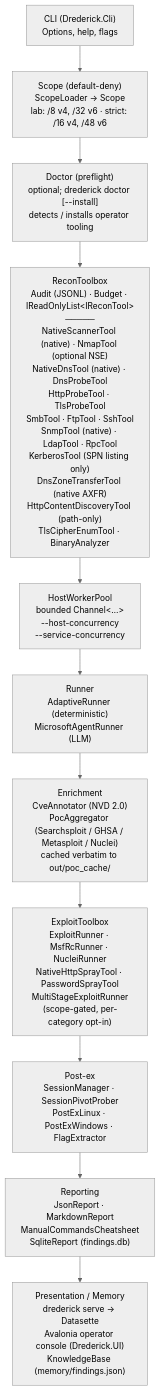
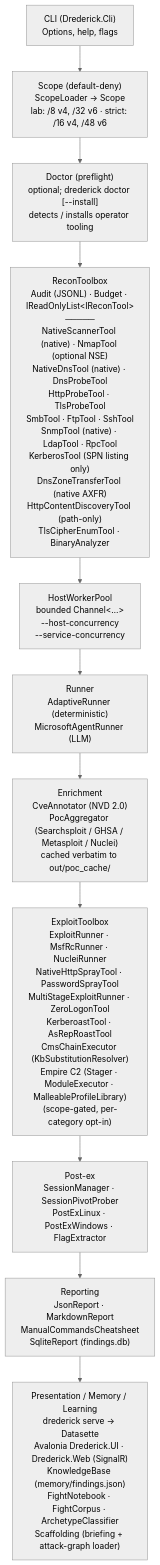
The diagram in docs/ARCHITECTURE.md (SchwartzKamel/drederick), drawn with Mermaid (neutral theme) before and after one commit. The commit also changed other lines of this file and 16 other files, not shown here.

````diff
--- a/docs/ARCHITECTURE.md
+++ b/docs/ARCHITECTURE.md
@@ -69,16 +74,16 @@
 ```mermaid
 flowchart TD
     CLI["CLI (Drederick.Cli)<br/>Options, help, flags"]
     Scope["Scope (default-deny)<br/>ScopeLoader → Scope<br/>lab: /8 v4, /32 v6 · strict: /16 v4, /48 v6"]
     Doctor["Doctor (preflight)<br/>optional; drederick doctor [--install]<br/>detects / installs operator tooling"]
     Toolbox["ReconToolbox<br/>Audit (JSONL) · Budget · IReadOnlyList&lt;IReconTool&gt;<br/>─────<br/>NativeScannerTool (native) · NmapTool (optional NSE)<br/>NativeDnsTool (native) · DnsProbeTool<br/>HttpProbeTool · TlsProbeTool<br/>SmbTool · FtpTool · SshTool<br/>SnmpTool (native) · LdapTool · RpcTool<br/>KerberosTool (SPN listing only)<br/>DnsZoneTransferTool (native AXFR)<br/>HttpContentDiscoveryTool (path-only)<br/>TlsCipherEnumTool · BinaryAnalyzer"]
     Pool["HostWorkerPool<br/>bounded Channel&lt;…&gt;<br/>--host-concurrency<br/>--service-concurrency"]
     Runner["Runner<br/>AdaptiveRunner (deterministic)<br/>MicrosoftAgentRunner (LLM)"]
     Enrich["Enrichment<br/>CveAnnotator (NVD 2.0)<br/>PocAggregator (Searchsploit / GHSA / Metasploit / Nuclei)<br/>cached verbatim to out/poc_cache/"]
-    Exploit["ExploitToolbox<br/>ExploitRunner · MsfRcRunner · NucleiRunner<br/>NativeHttpSprayTool · PasswordSprayTool<br/>MultiStageExploitRunner<br/>(scope-gated, per-category opt-in)"]
+    Exploit["ExploitToolbox<br/>ExploitRunner · MsfRcRunner · NucleiRunner<br/>NativeHttpSprayTool · PasswordSprayTool<br/>MultiStageExploitRunner · ZeroLogonTool<br/>KerberoastTool · AsRepRoastTool<br/>CmsChainExecutor (KbSubstitutionResolver)<br/>Empire C2 (Stager · ModuleExecutor · MalleableProfileLibrary)<br/>(scope-gated, per-category opt-in)"]
     PostEx["Post-ex<br/>SessionManager · SessionPivotProber<br/>PostExLinux · PostExWindows · FlagExtractor"]
     Report["Reporting<br/>JsonReport · MarkdownReport<br/>ManualCommandsCheatsheet<br/>SqliteReport (findings.db)"]
-    Present["Presentation / Memory<br/>drederick serve → Datasette<br/>Avalonia operator console (Drederick.UI)<br/>KnowledgeBase (memory/findings.json)"]
+    Present["Presentation / Memory / Learning<br/>drederick serve → Datasette<br/>Avalonia Drederick.UI · Drederick.Web (SignalR)<br/>KnowledgeBase (memory/findings.json)<br/>FightNotebook · FightCorpus · ArchetypeClassifier<br/>Scaffolding (briefing + attack-graph loader)"]
 
     CLI --> Scope --> Doctor --> Toolbox --> Pool --> Runner --> Enrich --> Exploit --> PostEx --> Report --> Present
 ```
````
